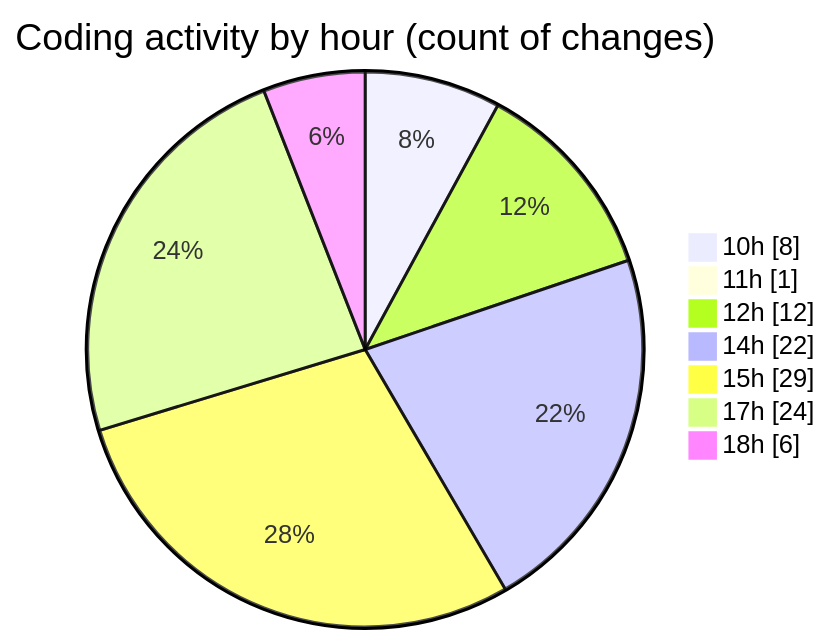
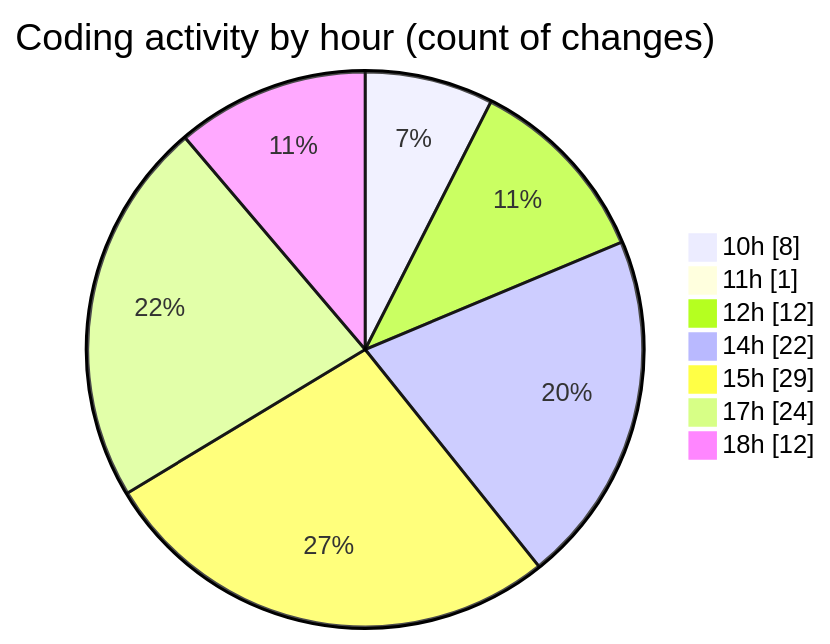
Before and after one commit to momahboobian/code-tracking: the second of 2 diagrams in 2025-07-31/cda/README.md, drawn with Mermaid. The commit also changed other lines of this file and 1 other file, not shown here.

````diff
--- a/2025-07-31/cda/README.md
+++ b/2025-07-31/cda/README.md
@@ -38,11 +38,11 @@
 ```mermaid
 pie showData
 title Coding activity by hour (count of changes)
 "10h" : 8
 "11h" : 1
 "12h" : 12
 "14h" : 22
 "15h" : 29
 "17h" : 24
-"18h" : 6
+"18h" : 12
 ```
````
